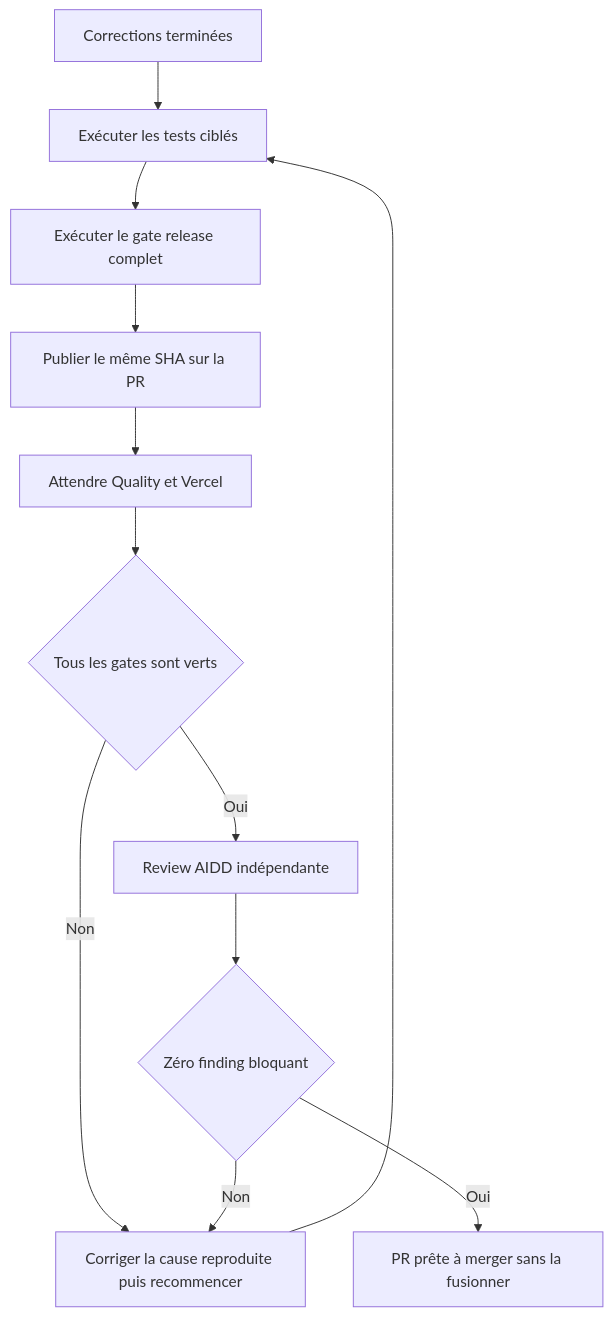
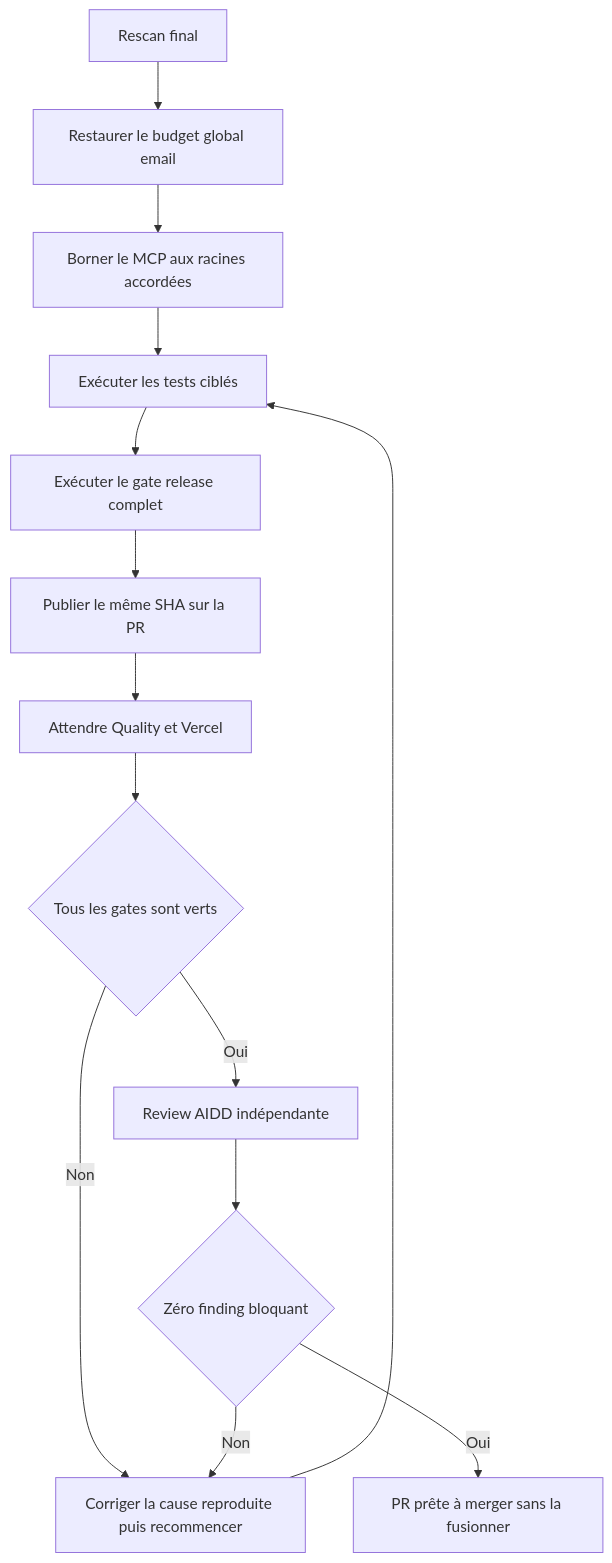
One commit to neogenz/screenforge changed the first of 2 diagrams in aidd_docs/tasks/2026_08/2026_08_20_cloud-prelaunch-merge-fixes/phase-4.md. Above: the diagram before and after it, drawn with Mermaid. The commit also changed other lines of this file and 4 other files, not shown here.

````diff
--- a/aidd_docs/tasks/2026_08/2026_08_20_cloud-prelaunch-merge-fixes/phase-4.md
+++ b/aidd_docs/tasks/2026_08/2026_08_20_cloud-prelaunch-merge-fixes/phase-4.md
@@ -21,14 +44,16 @@
 ```mermaid
 flowchart TD
-  A[Corrections terminées] --> B[Exécuter les tests ciblés]
+  A[Rescan final] --> A1[Restaurer le budget global email]
+  A1 --> A2[Borner le MCP aux racines accordées]
+  A2 --> B[Exécuter les tests ciblés]
   B --> C[Exécuter le gate release complet]
   C --> D[Publier le même SHA sur la PR]
   D --> E[Attendre Quality et Vercel]
   E --> F{Tous les gates sont verts}
   F -- Non --> G[Corriger la cause reproduite puis recommencer]
   G --> B
   F -- Oui --> H[Review AIDD indépendante]
   H --> I{Zéro finding bloquant}
   I -- Non --> G
   I -- Oui --> J[PR prête à merger sans la fusionner]
 ```
````
